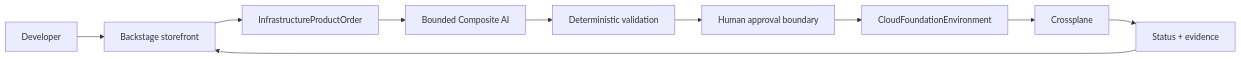
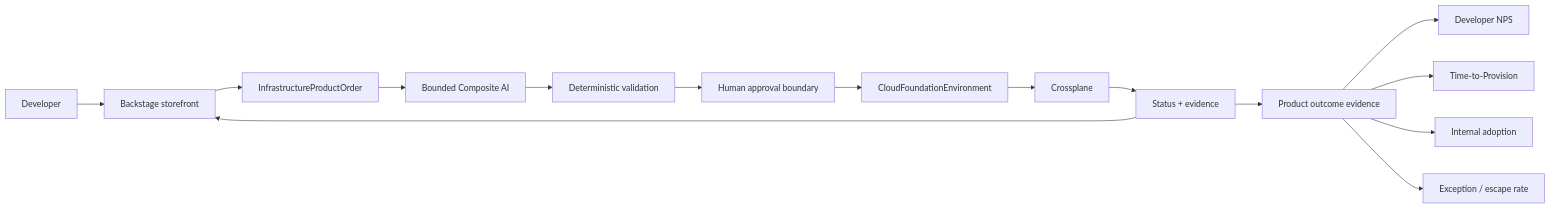
The second of 2 diagrams in docs/poc-portfolio.md (SAABOLImpactVenture/ai-powered-infrastructure-as-a-product), drawn with Mermaid before and after one commit. The commit also changed other lines of this file and 1 other file, not shown here.

First line of the commit message:
Add platform product outcome measurement model (#117)

````diff
--- a/docs/poc-portfolio.md
+++ b/docs/poc-portfolio.md
@@ -63,12 +65,17 @@
 ```mermaid
 flowchart LR
   DEV[Developer] --> STORE[Backstage storefront]
   STORE --> ORDER[InfrastructureProductOrder]
   ORDER --> AI[Bounded Composite AI]
   AI --> POLICY[Deterministic validation]
   POLICY --> HUMAN[Human approval boundary]
   HUMAN --> API[CloudFoundationEnvironment]
   API --> XP[Crossplane]
   XP --> STATUS[Status + evidence]
   STATUS --> STORE
+  STATUS --> OUTCOMES[Product outcome evidence]
+  OUTCOMES --> NPS[Developer NPS]
+  OUTCOMES --> TTP[Time-to-Provision]
+  OUTCOMES --> ADOPT[Internal adoption]
+  OUTCOMES --> ESCAPE[Exception / escape rate]
 ```
````
